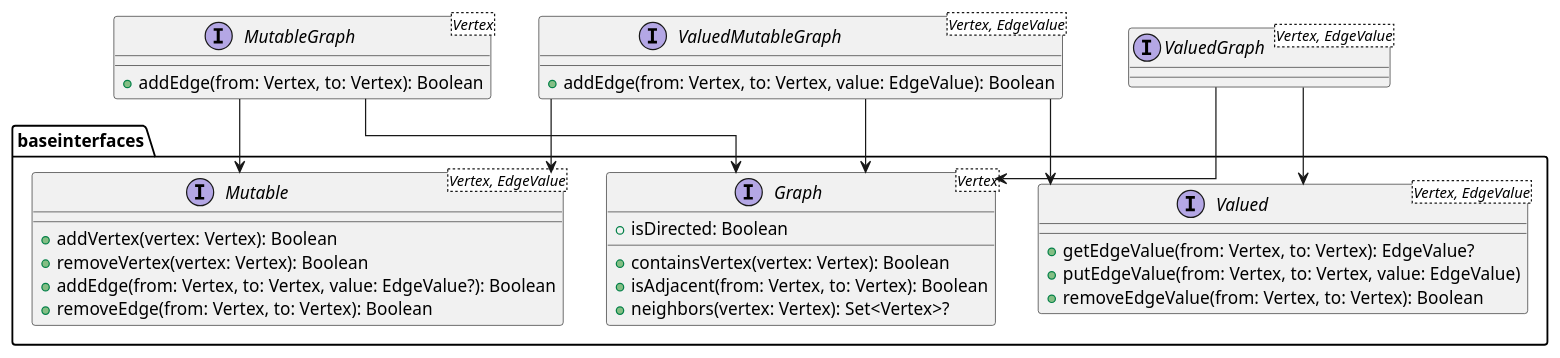
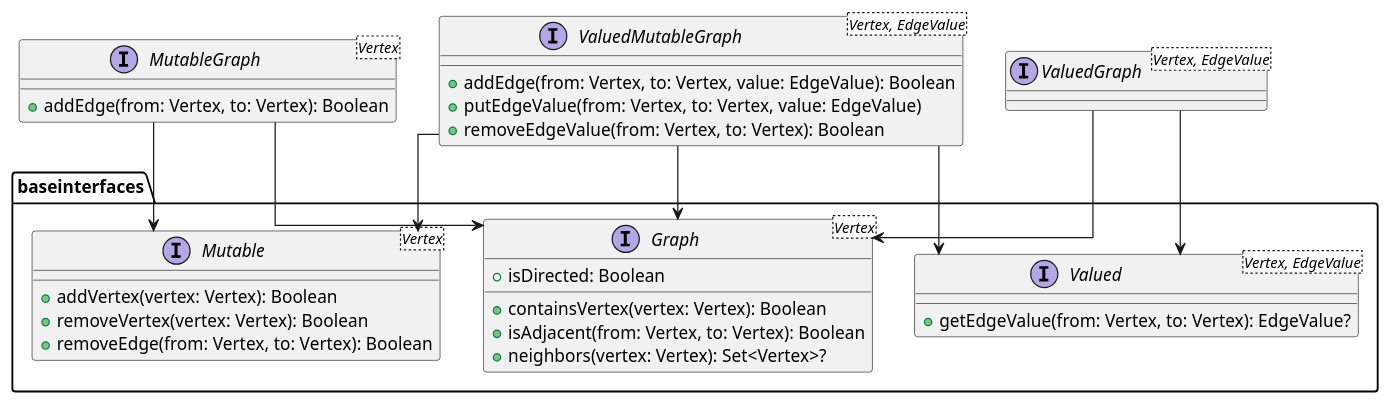
The diagram in docs/Interfaces.puml (koenichiwa/graph), drawn with PlantUML before and after one commit. The commit also changed 6 other files, not shown here.

Commit message:
Get EdgeValue out of Mutable Interface

```diff
--- a/docs/Interfaces.puml
+++ b/docs/Interfaces.puml
@@ -1,45 +1,44 @@
 @startuml
 
 skinparam linetype ortho
 
 package baseinterfaces {
     interface Graph<Vertex> {
         + isDirected: Boolean
 
         + containsVertex(vertex: Vertex): Boolean
         + isAdjacent(from: Vertex, to: Vertex): Boolean
         + neighbors(vertex: Vertex): Set<Vertex>?
     }
 
-    interface Mutable<Vertex, EdgeValue>{
+    interface Mutable<Vertex>{
         + addVertex(vertex: Vertex): Boolean
         + removeVertex(vertex: Vertex): Boolean
-        + addEdge(from: Vertex, to: Vertex, value: EdgeValue?): Boolean
         + removeEdge(from: Vertex, to: Vertex): Boolean
     }
 
     interface Valued<Vertex, EdgeValue> {
         + getEdgeValue(from: Vertex, to: Vertex): EdgeValue?
-        + putEdgeValue(from: Vertex, to: Vertex, value: EdgeValue)
-        + removeEdgeValue(from: Vertex, to: Vertex): Boolean
     }
 }
 
 interface MutableGraph<Vertex>{
     + addEdge(from: Vertex, to: Vertex): Boolean
 }
 MutableGraph --> Graph
 MutableGraph --> Mutable
 
 interface ValuedGraph<Vertex, EdgeValue>
 ValuedGraph --> Graph
 ValuedGraph --> Valued
 
 interface ValuedMutableGraph<Vertex, EdgeValue>{
     + addEdge(from: Vertex, to: Vertex, value: EdgeValue): Boolean
+    + putEdgeValue(from: Vertex, to: Vertex, value: EdgeValue)
+    + removeEdgeValue(from: Vertex, to: Vertex): Boolean
 }
 ValuedMutableGraph --> Graph
 ValuedMutableGraph --> Mutable
 ValuedMutableGraph --> Valued
 
 @enduml
```
